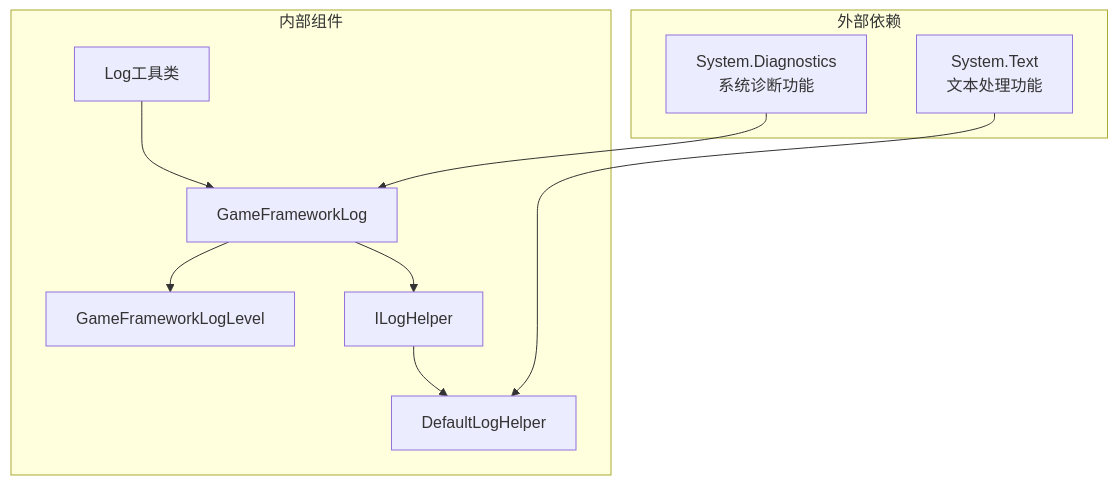
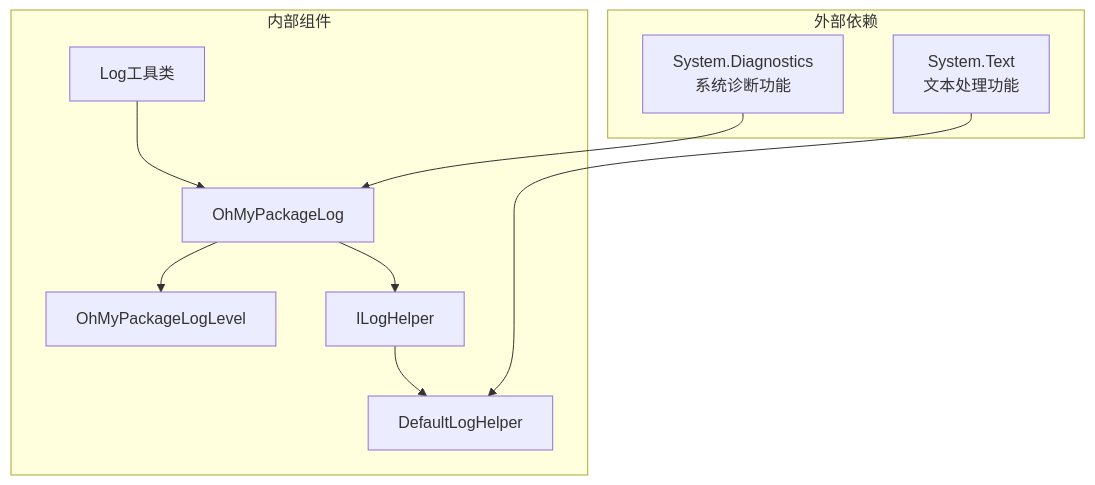
One commit to OxygenIsland/MyGame changed the seventh of 8 diagrams in repowiki/zh/content/性能优化/性能监控系统/日志系统架构.md. Above: the diagram before and after it, drawn with Mermaid. The commit also changed other lines of this file and 34 other files, not shown here.

````diff
--- a/repowiki/zh/content/性能优化/性能监控系统/日志系统架构.md
+++ b/repowiki/zh/content/性能优化/性能监控系统/日志系统架构.md
@@ -292,20 +292,20 @@
 ```mermaid
 graph TB
 subgraph "外部依赖"
 A[System.Diagnostics<br/>系统诊断功能]
 B[System.Text<br/>文本处理功能]
 end
 subgraph "内部组件"
-C[GameFrameworkLog]
-D[GameFrameworkLogLevel]
+C[OhMyPackageLog]
+D[OhMyPackageLogLevel]
 E[ILogHelper]
 F[DefaultLogHelper]
 G[Log工具类]
 end
 A --> C
 B --> F
 C --> D
 C --> E
 G --> C
 E --> F
 ```
````
